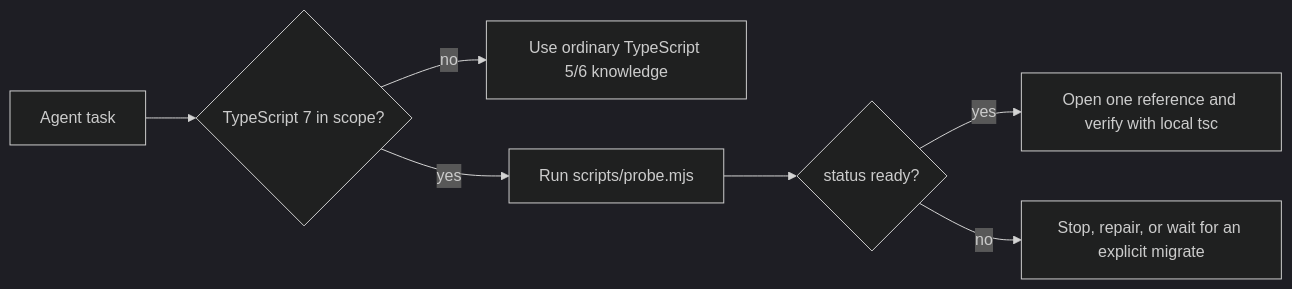
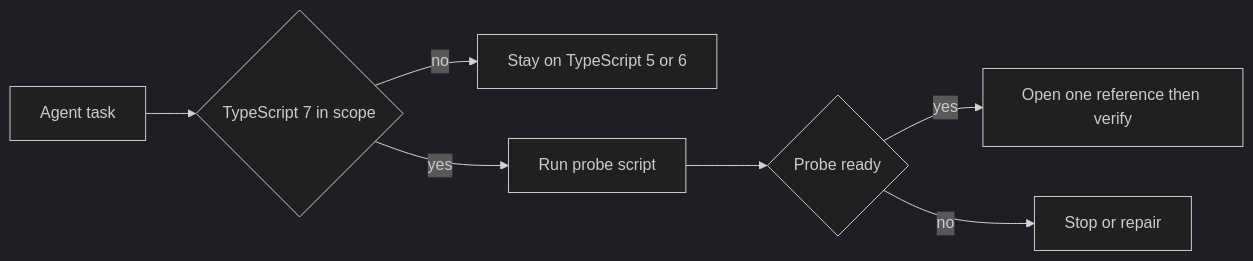
Before and after one commit to synfonia-llc/typescript-7-skill: the diagram in README.md, drawn with Mermaid (dark theme).

Commit message:
docs: simplify README mermaid so GitHub can render it
GitHub's Mermaid build fails on question marks, slashes, and path-like labels in that flowchart.

````diff
--- a/README.md
+++ b/README.md
@@ -21,9 +21,9 @@
 ```mermaid
-flowchart LR
-  task[Agent task] --> scope{TypeScript 7 in scope?}
-  scope -->|no| stay[Use ordinary TypeScript 5/6 knowledge]
-  scope -->|yes| probe["Run scripts/probe.mjs"]
-  probe --> ready{status ready?}
-  ready -->|yes| page[Open one reference and verify with local tsc]
-  ready -->|no| stop[Stop, repair, or wait for an explicit migrate]
+graph LR
+  task["Agent task"] --> scope{"TypeScript 7 in scope"}
+  scope -->|no| stay["Stay on TypeScript 5 or 6"]
+  scope -->|yes| probe["Run probe script"]
+  probe --> ready{"Probe ready"}
+  ready -->|yes| page["Open one reference then verify"]
+  ready -->|no| stop["Stop or repair"]
 ```
````
